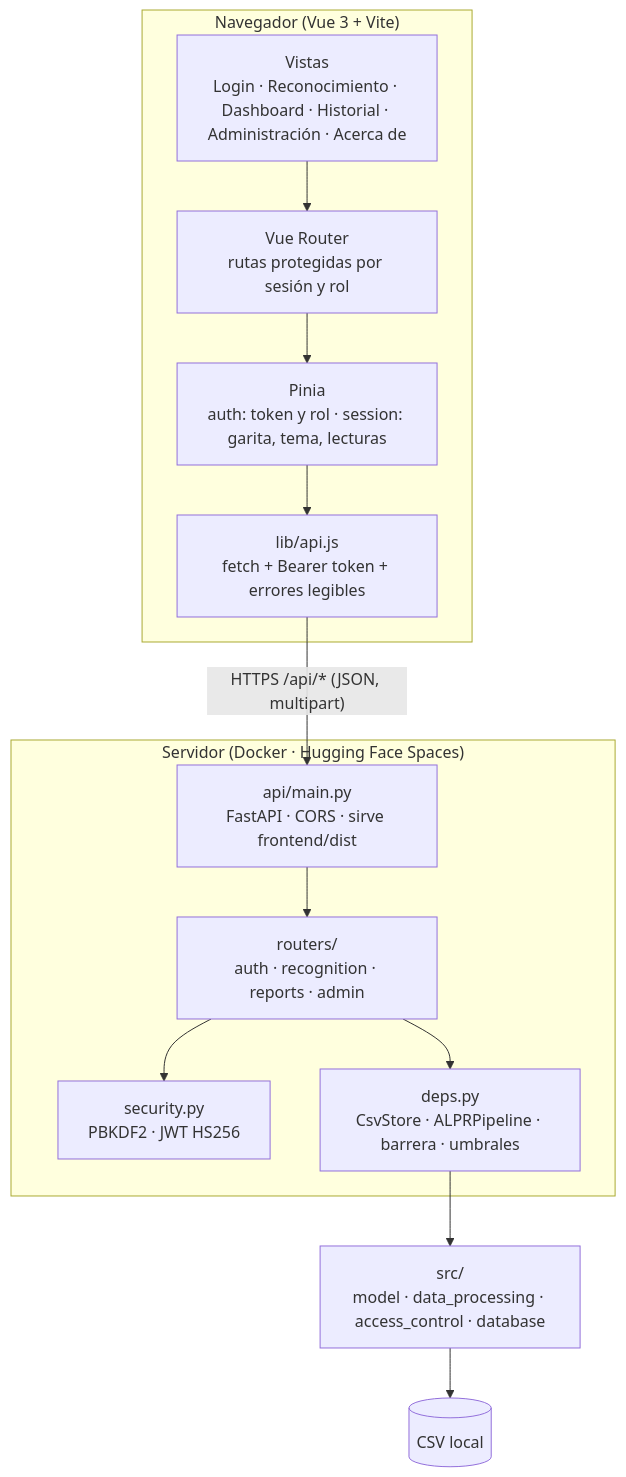
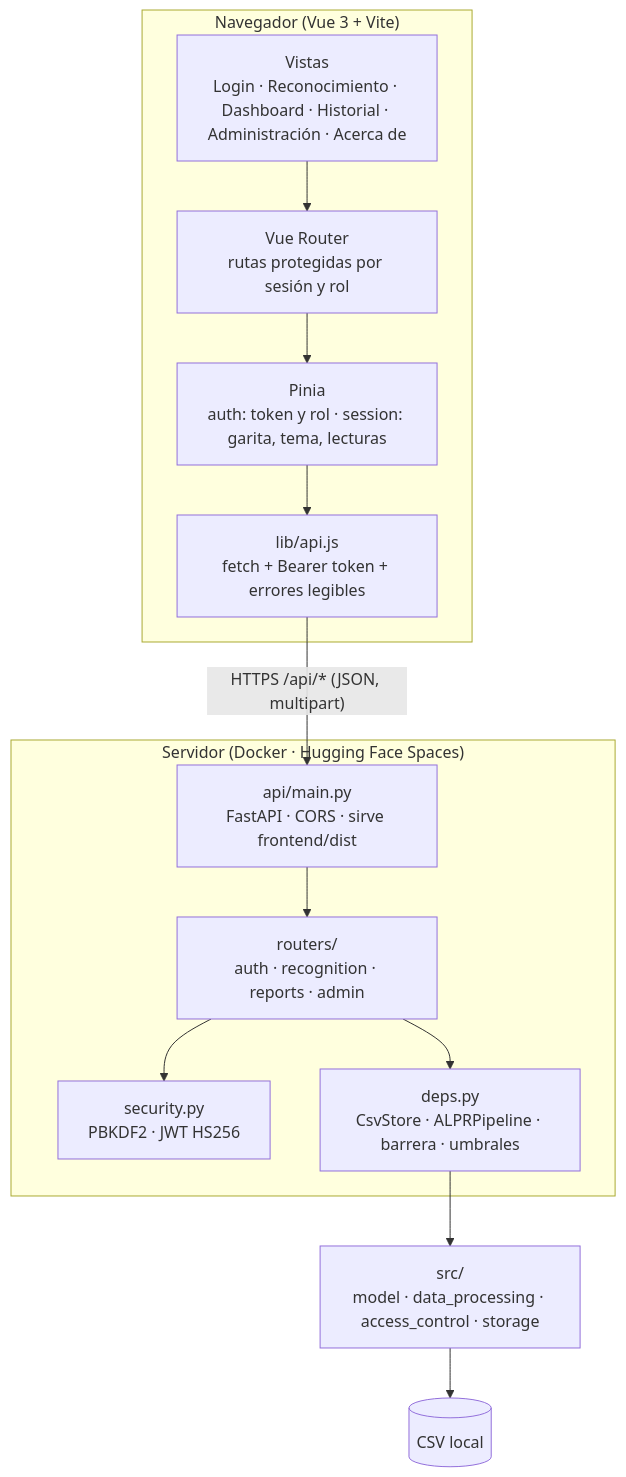
The second of 4 diagrams in docs/arquitectura.md (eduardoceballos666/SIRAP_2), drawn with Mermaid before and after one commit.

Commit message:
Update architecture diagram for CSV storage

````diff
--- a/docs/arquitectura.md
+++ b/docs/arquitectura.md
@@ -23,21 +23,21 @@
 ```mermaid
 flowchart TB
     subgraph Navegador["Navegador (Vue 3 + Vite)"]
         V[Vistas<br/>Login · Reconocimiento · Dashboard · Historial · Administración · Acerca de]
         R[Vue Router<br/>rutas protegidas por sesión y rol]
         P[Pinia<br/>auth: token y rol · session: garita, tema, lecturas]
         C[lib/api.js<br/>fetch + Bearer token + errores legibles]
         V --> R --> P --> C
     end
     subgraph Servidor["Servidor (Docker · Hugging Face Spaces)"]
         M[api/main.py<br/>FastAPI · CORS · sirve frontend/dist]
         RT[routers/<br/>auth · recognition · reports · admin]
         S[security.py<br/>PBKDF2 · JWT HS256]
         D[deps.py<br/>CsvStore · ALPRPipeline · barrera · umbrales]
         M --> RT --> D
         RT --> S
     end
     C -- "HTTPS /api/* (JSON, multipart)" --> M
-    D --> SRC[src/<br/>model · data_processing · access_control · database]
+    D --> SRC[src/<br/>model · data_processing · access_control · storage]
     SRC --> DB[(CSV local)]
 ```
````
